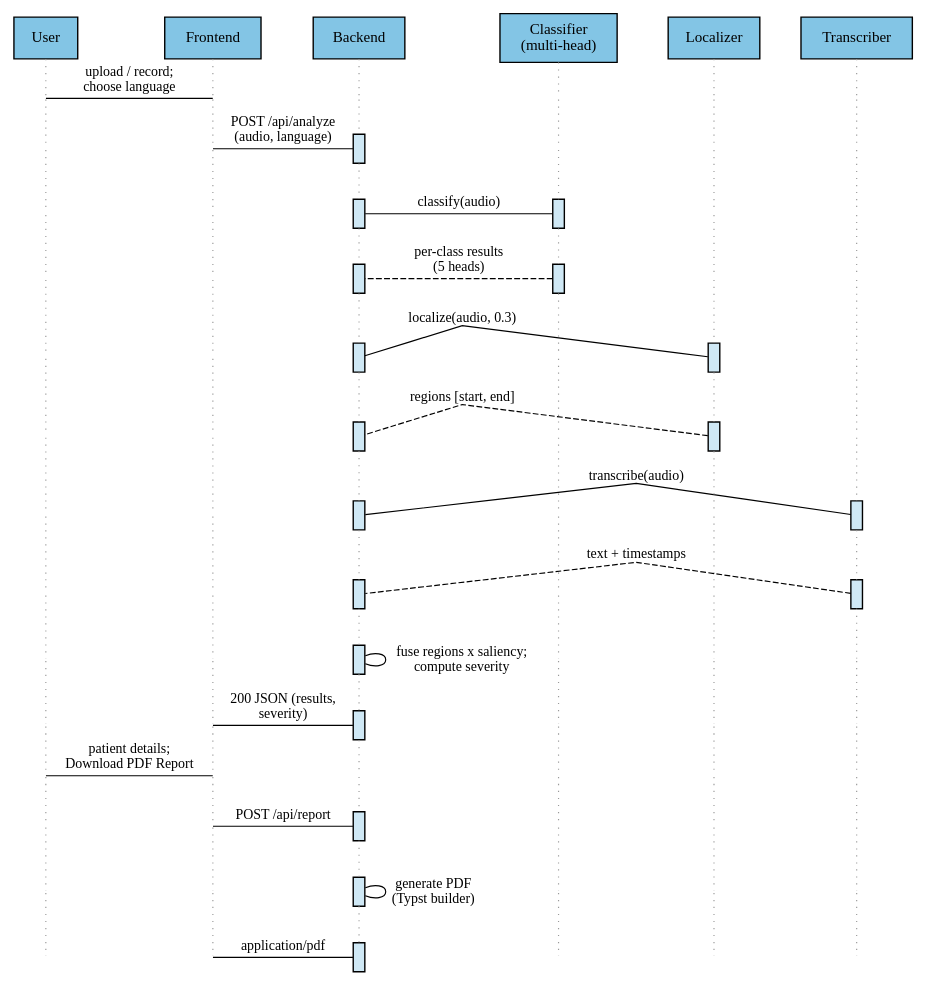
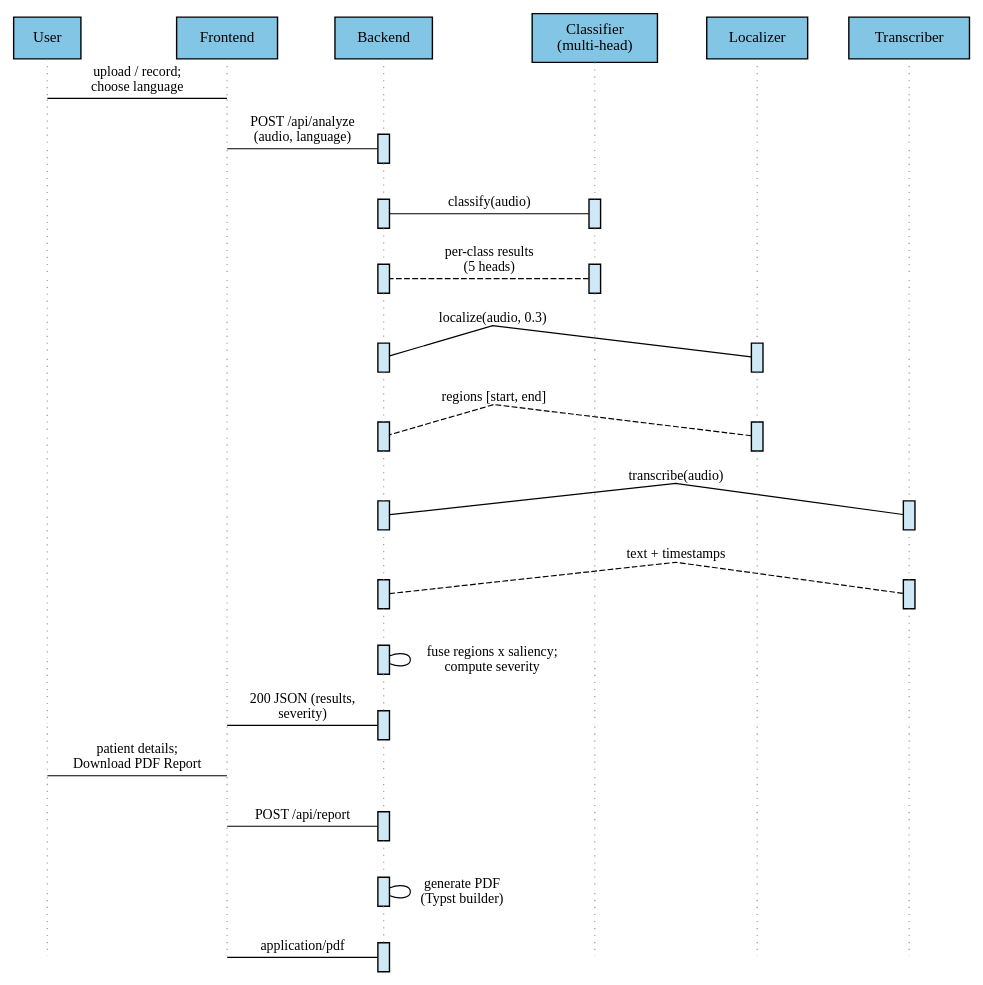
One commit to chethanbhat7/Swaraaha changed the diagram in docs/diagrams/04-sequence-diagram.dot. Above: the diagram before and after it, drawn with Graphviz. The commit also changed 17 other files, not shown here.

Commit message:
feat(report): add personal profile section, use-case stick-figure actor, and Times font fix

```diff
--- a/docs/diagrams/04-sequence-diagram.dot
+++ b/docs/diagrams/04-sequence-diagram.dot
@@ -1,156 +1,156 @@
 // Swaraaha — Sequence Diagram (web runtime, essence, simplified for report legibility).
 // Participants: User, Frontend, Backend, multi-head Classifier, Localizer, Transcriber.
 // Internal backend steps are self-messages; PDF generation folded into the backend.
 digraph SwaraahaSequenceDiagram {
 
-    fontname = "Times New Roman";
+    fontname = "Times-Roman";
     fontsize = 16;
     rankdir = TB;
     splines = false;
     nodesep = 0.25;
     ranksep = 0.42;
     bgcolor = "white";
 
     // ================= participant header boxes =================
-    node [fontname = "Times New Roman", fontsize = 13, color = "black", penwidth = 1.2];
+    node [fontname = "Times-Roman", fontsize = 13, color = "black", penwidth = 1.2];
     node [shape = box, style = "filled", fillcolor = "#83C5E5", fontsize = 13, margin = "0.18,0.10"];
 
     P_usr [label = "User", group = "usr"];
     P_fr  [label = "Frontend", group = "fr"];
     P_be  [label = "Backend", group = "be"];
     P_clf [label = "Classifier\n(multi-head)", group = "clf"];
     P_loc [label = "Localizer", group = "loc"];
     P_tr  [label = "Transcriber", group = "tr"];
 
     { rank = same; P_usr; P_fr; P_be; P_clf; P_loc; P_tr; }
 
     // ================= invisible point anchors (idle cells) =================
     node [shape = point, style = invis, width = 0, height = 0];
 
     a1_usr [group = "usr"]; a1_fr [group = "fr"]; a1_be [group = "be"];
     a1_clf [group = "clf"]; a1_loc [group = "loc"]; a1_tr [group = "tr"];
 
     a2_usr [group = "usr"]; a2_fr [group = "fr"];
     a2_clf [group = "clf"]; a2_loc [group = "loc"]; a2_tr [group = "tr"];
 
     a3_usr [group = "usr"]; a3_fr [group = "fr"];
     a3_loc [group = "loc"]; a3_tr [group = "tr"];
 
     a4_usr [group = "usr"]; a4_fr [group = "fr"];
     a4_loc [group = "loc"]; a4_tr [group = "tr"];
 
     a5_usr [group = "usr"]; a5_fr [group = "fr"];
     a5_clf [group = "clf"]; a5_tr [group = "tr"];
 
     a6_usr [group = "usr"]; a6_fr [group = "fr"];
     a6_clf [group = "clf"]; a6_tr [group = "tr"];
 
     a7_usr [group = "usr"]; a7_fr [group = "fr"];
     a7_clf [group = "clf"]; a7_loc [group = "loc"];
 
     a8_usr [group = "usr"]; a8_fr [group = "fr"];
     a8_clf [group = "clf"]; a8_loc [group = "loc"];
 
     a9_usr [group = "usr"]; a9_fr [group = "fr"];
     a9_clf [group = "clf"]; a9_loc [group = "loc"]; a9_tr [group = "tr"];
 
     a10_usr [group = "usr"]; a10_fr [group = "fr"];
     a10_clf [group = "clf"]; a10_loc [group = "loc"]; a10_tr [group = "tr"];
 
     a11_usr [group = "usr"]; a11_fr [group = "fr"]; a11_be [group = "be"];
     a11_clf [group = "clf"]; a11_loc [group = "loc"]; a11_tr [group = "tr"];
 
     a12_usr [group = "usr"]; a12_fr [group = "fr"];
     a12_clf [group = "clf"]; a12_loc [group = "loc"]; a12_tr [group = "tr"];
 
     a13_usr [group = "usr"]; a13_fr [group = "fr"];
     a13_clf [group = "clf"]; a13_loc [group = "loc"]; a13_tr [group = "tr"];
 
     a14_usr [group = "usr"]; a14_fr [group = "fr"];
     a14_clf [group = "clf"]; a14_loc [group = "loc"]; a14_tr [group = "tr"];
 
     // ================= activation bars (busy cells) =================
     node [shape = box, width = 0.14, height = 0.35, style = "filled",
           fillcolor = "#CFE8F5", color = "black", margin = 0, label = ""];
 
     b2_be  [group = "be"]; b3_be  [group = "be"]; b4_be  [group = "be"];
     b5_be  [group = "be"]; b6_be  [group = "be"]; b7_be  [group = "be"];
     b8_be  [group = "be"]; b9_be  [group = "be"]; b10_be [group = "be"];
     b12_be [group = "be"]; b13_be [group = "be"]; b14_be [group = "be"];
 
     b3_clf [group = "clf"]; b4_clf [group = "clf"];
 
     b5_loc [group = "loc"]; b6_loc [group = "loc"];
 
     b7_tr  [group = "tr"]; b8_tr  [group = "tr"];
 
     // ================= per-row rank groups =================
     { rank = same; a1_usr; a1_fr; a1_be; a1_clf; a1_loc; a1_tr; }
     { rank = same; a2_usr; a2_fr; b2_be; a2_clf; a2_loc; a2_tr; }
     { rank = same; a3_usr; a3_fr; b3_be; b3_clf; a3_loc; a3_tr; }
     { rank = same; a4_usr; a4_fr; b4_be; b4_clf; a4_loc; a4_tr; }
     { rank = same; a5_usr; a5_fr; b5_be; a5_clf; b5_loc; a5_tr; }
     { rank = same; a6_usr; a6_fr; b6_be; a6_clf; b6_loc; a6_tr; }
     { rank = same; a7_usr; a7_fr; b7_be; a7_clf; a7_loc; b7_tr; }
     { rank = same; a8_usr; a8_fr; b8_be; a8_clf; a8_loc; b8_tr; }
     { rank = same; a9_usr; a9_fr; b9_be; a9_clf; a9_loc; a9_tr; }
     { rank = same; a10_usr; a10_fr; b10_be; a10_clf; a10_loc; a10_tr; }
     { rank = same; a11_usr; a11_fr; a11_be; a11_clf; a11_loc; a11_tr; }
     { rank = same; a12_usr; a12_fr; b12_be; a12_clf; a12_loc; a12_tr; }
     { rank = same; a13_usr; a13_fr; b13_be; a13_clf; a13_loc; a13_tr; }
     { rank = same; a14_usr; a14_fr; b14_be; a14_clf; a14_loc; a14_tr; }
 
     // ================= lifelines (dotted chains, pinned by group) =================
     edge [style = dotted, color = "#999999", arrowhead = none, weight = 10];
 
     P_usr -> a1_usr -> a2_usr -> a3_usr -> a4_usr -> a5_usr -> a6_usr ->
     a7_usr -> a8_usr -> a9_usr -> a10_usr -> a11_usr -> a12_usr -> a13_usr -> a14_usr;
 
     P_fr  -> a1_fr  -> a2_fr  -> a3_fr  -> a4_fr  -> a5_fr  -> a6_fr  ->
     a7_fr  -> a8_fr  -> a9_fr  -> a10_fr -> a11_fr -> a12_fr -> a13_fr -> a14_fr;
 
     P_be  -> a1_be  -> b2_be  -> b3_be  -> b4_be  -> b5_be  -> b6_be  ->
     b7_be  -> b8_be  -> b9_be  -> b10_be -> a11_be -> b12_be -> b13_be -> b14_be;
 
     P_clf -> a1_clf -> a2_clf -> b3_clf -> b4_clf -> a5_clf -> a6_clf ->
     a7_clf -> a8_clf -> a9_clf -> a10_clf -> a11_clf -> a12_clf -> a13_clf -> a14_clf;
 
     P_loc -> a1_loc -> a2_loc -> a3_loc -> a4_loc -> b5_loc -> b6_loc ->
     a7_loc -> a8_loc -> a9_loc -> a10_loc -> a11_loc -> a12_loc -> a13_loc -> a14_loc;
 
     P_tr  -> a1_tr  -> a2_tr  -> a3_tr  -> a4_tr  -> a5_tr  -> a6_tr  ->
     b7_tr  -> b8_tr  -> a9_tr  -> a10_tr -> a11_tr -> a12_tr -> a13_tr -> a14_tr;
 
     // ================= participant ordering (left to right) =================
     edge [style = invis, color = black, weight = 100];
     P_usr -> P_fr -> P_be -> P_clf -> P_loc -> P_tr;
 
     // ================= messages (do not affect layout) =================
     edge [style = solid, color = "black", arrowsize = 0.8,
-          fontname = "Times New Roman", fontsize = 12, constraint = false];
+          fontname = "Times-Roman", fontsize = 12, constraint = false];
 
     a1_usr -> a1_fr [label = "upload / record;\nchoose language"];
 
     a2_fr -> b2_be [label = "POST /api/analyze\n(audio, language)"];
 
     b3_be -> b3_clf [label = "classify(audio)"];
     b4_clf -> b4_be [label = "per-class results\n(5 heads)", style = dashed];
 
     b5_be -> b5_loc [label = "localize(audio, 0.3)"];
     b6_loc -> b6_be [label = "regions [start, end]", style = dashed];
 
     b7_be -> b7_tr [label = "transcribe(audio)"];
     b8_tr -> b8_be [label = "text + timestamps", style = dashed];
 
     b9_be -> b9_be [label = "fuse regions x saliency;\ncompute severity"];
 
     b10_be -> a10_fr [label = "200 JSON (results,\nseverity)"];
 
     a11_usr -> a11_fr [label = "patient details;\nDownload PDF Report"];
 
     a12_fr -> b12_be [label = "POST /api/report"];
 
     b13_be -> b13_be [label = "generate PDF\n(Typst builder)"];
 
     b14_be -> a14_fr [label = "application/pdf"];
 }
```
